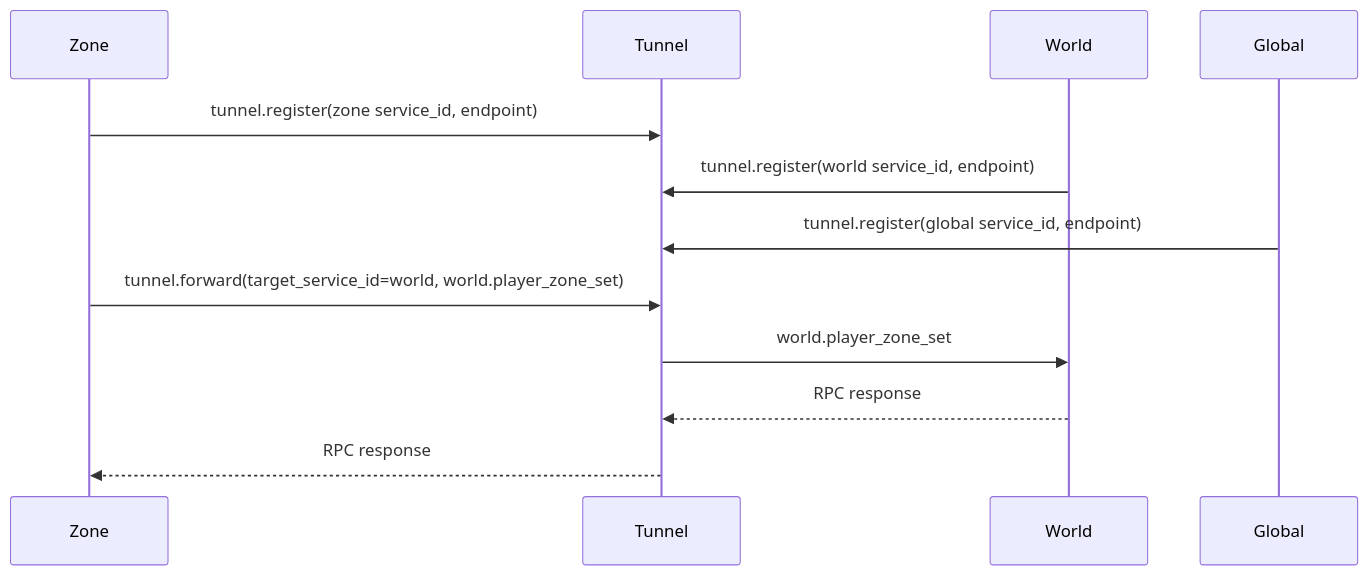
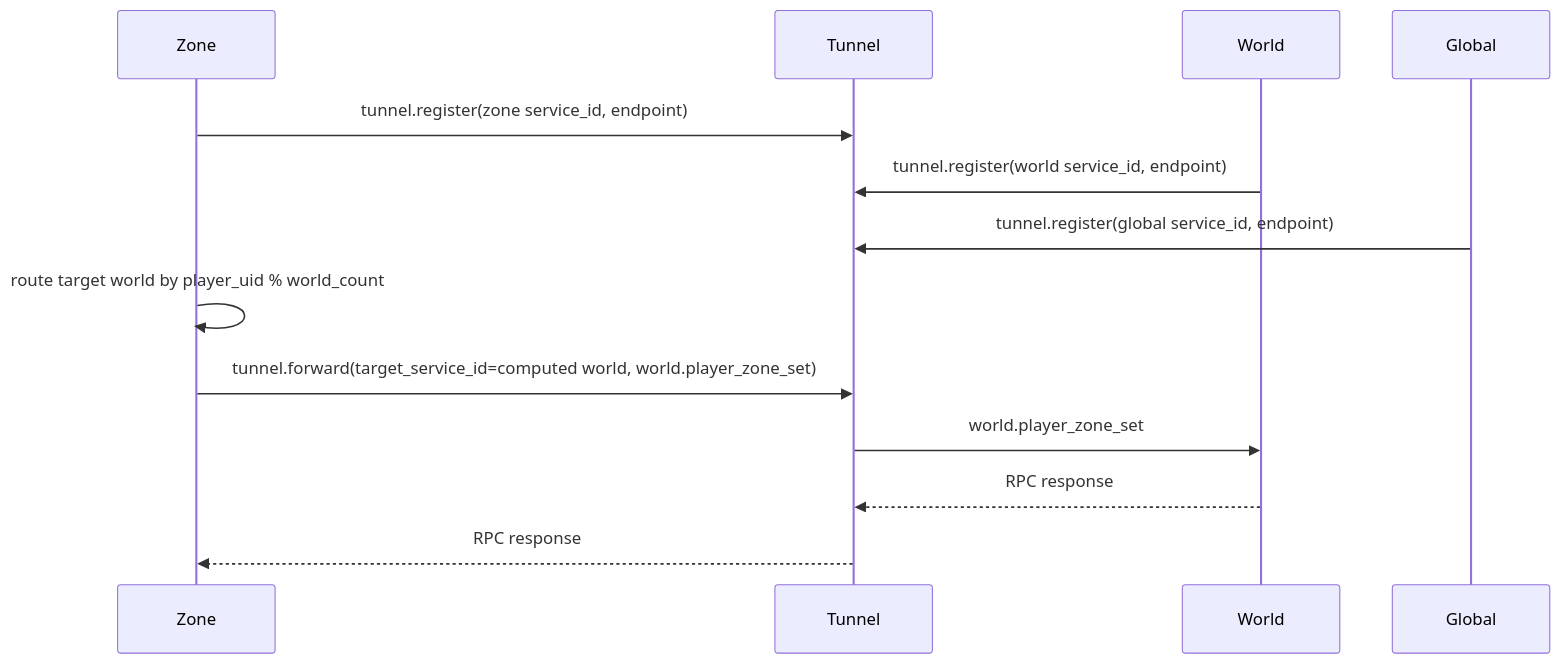
The second of 4 diagrams in libs/game/server/README.md (freshman1997/server-lib), drawn with Mermaid before and after one commit. The commit also changed other lines of this file and 138 other files, not shown here.

````diff
--- a/libs/game/server/README.md
+++ b/libs/game/server/README.md
@@ -159,15 +191,16 @@
 ```mermaid
 sequenceDiagram
     participant Z as Zone
     participant T as Tunnel
     participant W as World
     participant G as Global
 
     Z->>T: tunnel.register(zone service_id, endpoint)
     W->>T: tunnel.register(world service_id, endpoint)
     G->>T: tunnel.register(global service_id, endpoint)
-    Z->>T: tunnel.forward(target_service_id=world, world.player_zone_set)
+    Z->>Z: route target world by player_uid % world_count
+    Z->>T: tunnel.forward(target_service_id=computed world, world.player_zone_set)
     T->>W: world.player_zone_set
     W-->>T: RPC response
     T-->>Z: RPC response
 ```
````
